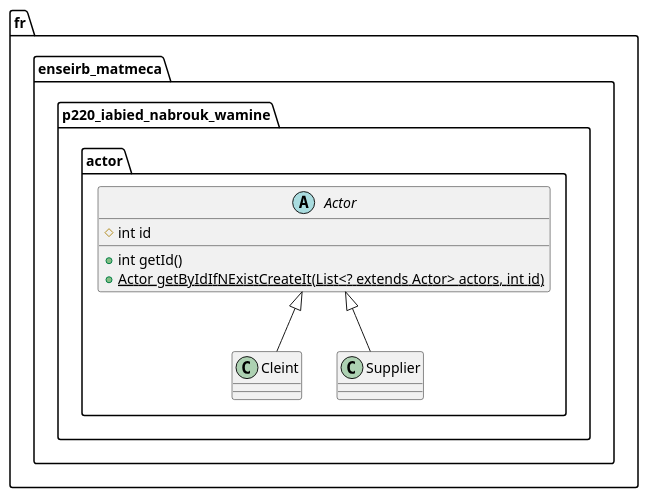
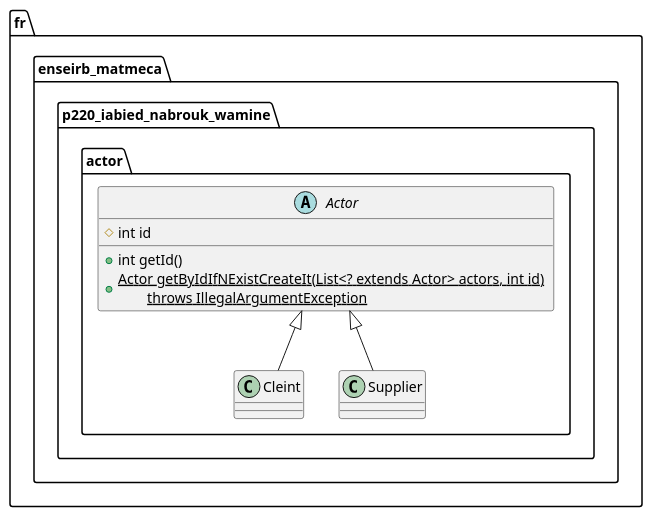
Before and after one commit to ImadABID/WoodCutPlanner: the diagram in uml.wsd, drawn with PlantUML. The commit also changed 1 other file, not shown here.

Commit message:
throw exception whenever the id is negatif.

```diff
--- a/uml.wsd
+++ b/uml.wsd
@@ -1,30 +1,30 @@
 @startuml uml
 
 package "fr.enseirb_matmeca.p220_iabied_nabrouk_wamine"{
 
     package "actor"{
 
         abstract class Actor{
             # int id
 
             + int getId()
-            + {static} Actor getByIdIfNExistCreateIt(List<? extends Actor> actors, int id)
+            + {static} Actor getByIdIfNExistCreateIt(List<? extends Actor> actors, int id) \n\tthrows IllegalArgumentException
         }
 
         class Cleint{
 
         }
 
         class Supplier{
             
         }
 
         Actor <|-- Cleint
         Actor <|-- Supplier
 
     }
 
 }
 
 
 @enduml
```
